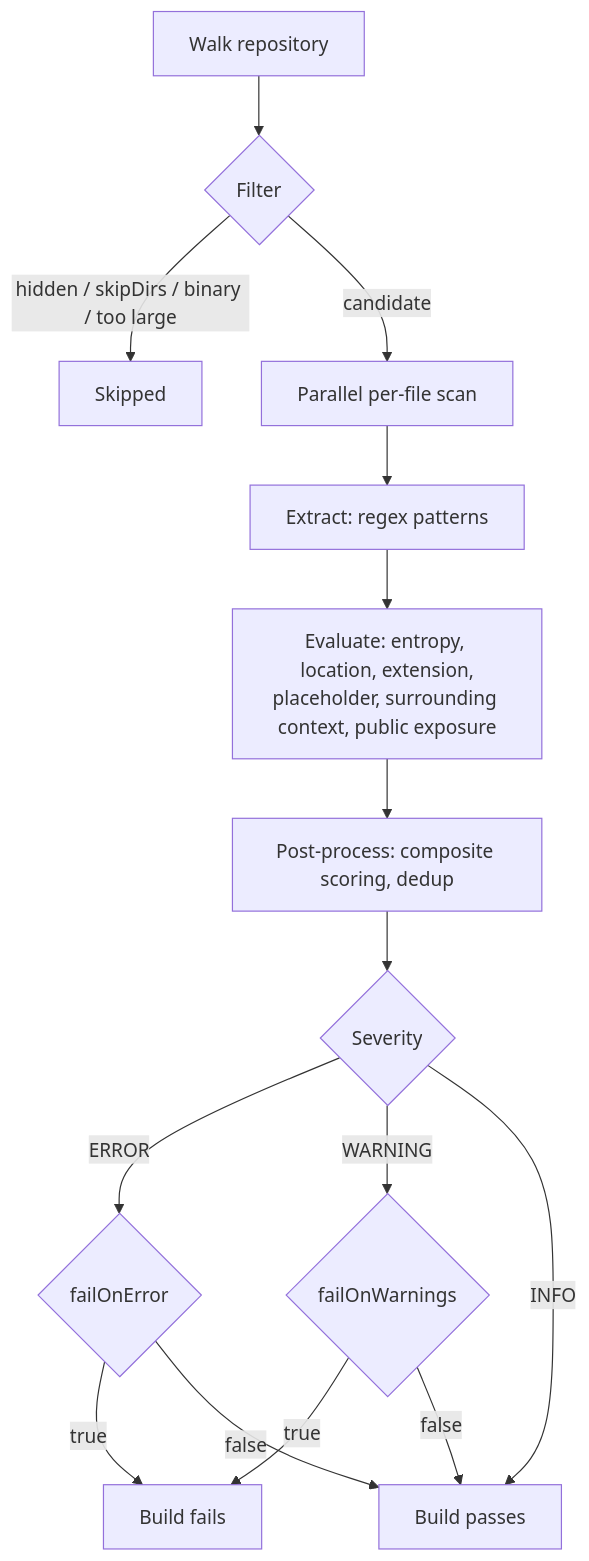
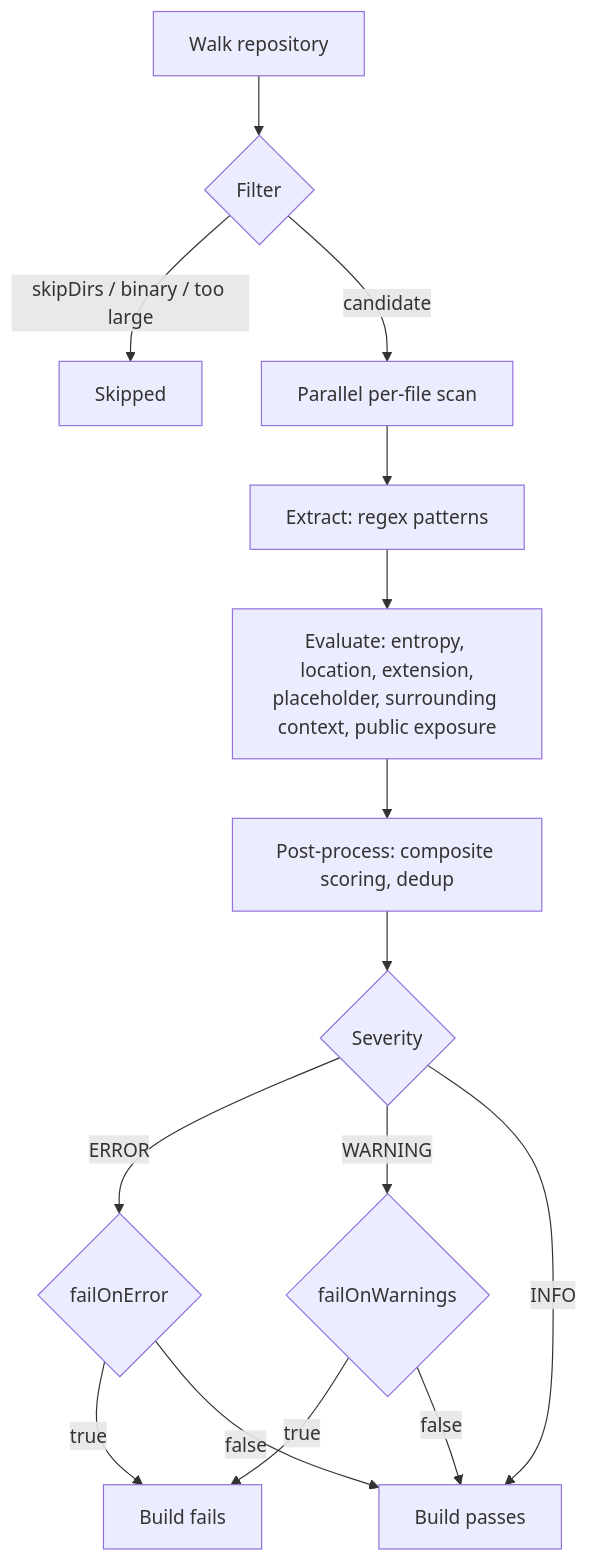
One commit to nikolas-charalambidis/facepalm-maven-plugin changed the second of 2 diagrams in README.md. Above: the diagram before and after it, drawn with Mermaid. The commit also changed 11 other files, not shown here.

Commit message:
fix: scan dotfiles and apply skipDirs only inside the scan root

````diff
--- a/README.md
+++ b/README.md
@@ -113,17 +113,17 @@
 ```mermaid
 flowchart TD
     W[Walk repository] --> F{Filter}
-    F -- hidden / skipDirs / binary / too large --> S[Skipped]
+    F -- skipDirs / binary / too large --> S[Skipped]
     F -- candidate --> P[Parallel per-file scan]
     P --> X[Extract: regex patterns]
     X --> E[Evaluate: entropy, location, extension,<br/>placeholder, surrounding context, public exposure]
     E --> PP[Post-process: composite scoring, dedup]
     PP --> SV{Severity}
     SV -- ERROR --> FE{failOnError}
     SV -- WARNING --> FW{failOnWarnings}
     SV -- INFO --> OK[Build passes]
     FE -- true --> FAIL[Build fails]
     FE -- false --> OK
     FW -- true --> FAIL
     FW -- false --> OK
 ```
````
